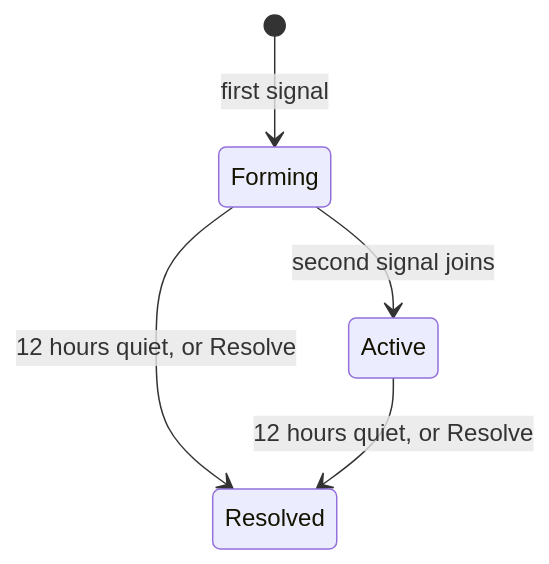
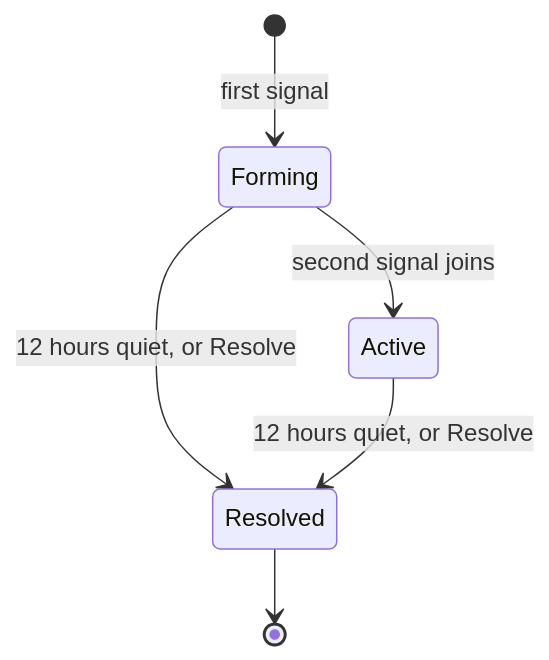
Before and after one commit to nhat-tranvan/docs: the diagram in guide/pulse/clusters.mdx, drawn with Mermaid. The commit also changed other lines of this file and 213 other files, not shown here.

````diff
--- a/guide/pulse/clusters.mdx
+++ b/guide/pulse/clusters.mdx
@@ -13,7 +13,8 @@
 ```mermaid
 stateDiagram-v2
     [*] --> Forming: first signal
     Forming --> Active: second signal joins
     Forming --> Resolved: 12 hours quiet, or Resolve
     Active --> Resolved: 12 hours quiet, or Resolve
+    Resolved --> [*]
 ```
````
